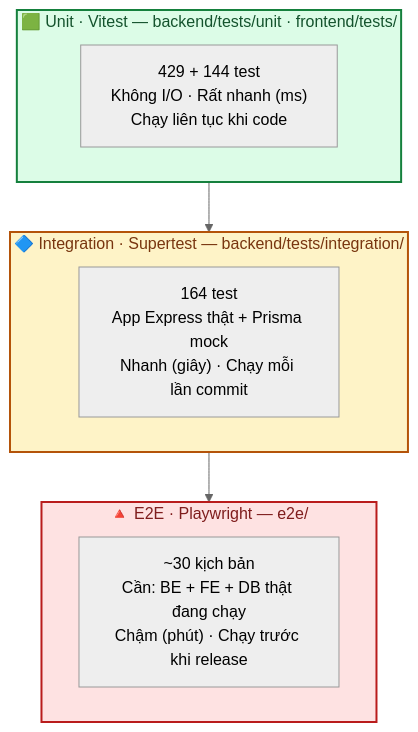
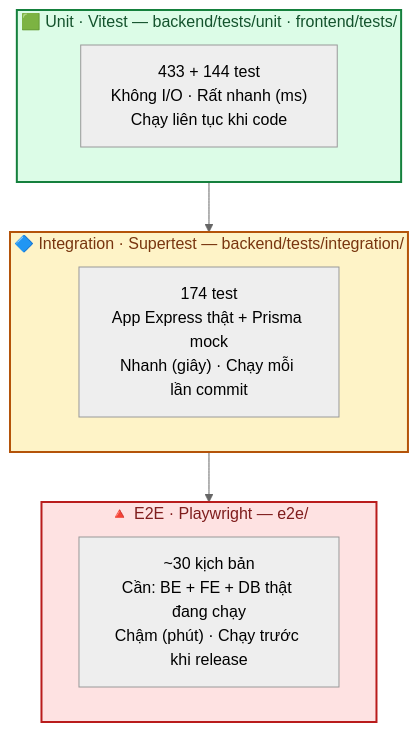
One commit to Hungvu0712/FLOWER changed the first of 3 diagrams in docs/08-kiem-thu.md. Above: the diagram before and after it, drawn with Mermaid (neutral theme). The commit also changed other lines of this file and 223 other files, not shown here.

````diff
--- a/docs/08-kiem-thu.md
+++ b/docs/08-kiem-thu.md
@@ -12,18 +12,18 @@
 ```mermaid
 flowchart TD
     subgraph E2E["🔺 E2E · Playwright — e2e/"]
         E["~30 kịch bản<br/>Cần: BE + FE + DB thật đang chạy<br/>Chậm (phút) · Chạy trước khi release"]
     end
     subgraph INT["🔷 Integration · Supertest — backend/tests/integration/"]
-        I["164 test<br/>App Express thật + Prisma mock<br/>Nhanh (giây) · Chạy mỗi lần commit"]
+        I["174 test<br/>App Express thật + Prisma mock<br/>Nhanh (giây) · Chạy mỗi lần commit"]
     end
     subgraph UNIT["🟩 Unit · Vitest — backend/tests/unit · frontend/tests/"]
-        U["429 + 144 test<br/>Không I/O · Rất nhanh (ms)<br/>Chạy liên tục khi code"]
+        U["433 + 144 test<br/>Không I/O · Rất nhanh (ms)<br/>Chạy liên tục khi code"]
     end
 
     UNIT --> INT --> E2E
 
     style E2E fill:#fee2e2,stroke:#b91c1c,stroke-width:2px,color:#7f1d1d
     style INT fill:#fef3c7,stroke:#b45309,stroke-width:2px,color:#78350f
     style UNIT fill:#dcfce7,stroke:#15803d,stroke-width:2px,color:#14532d
 ```
````
